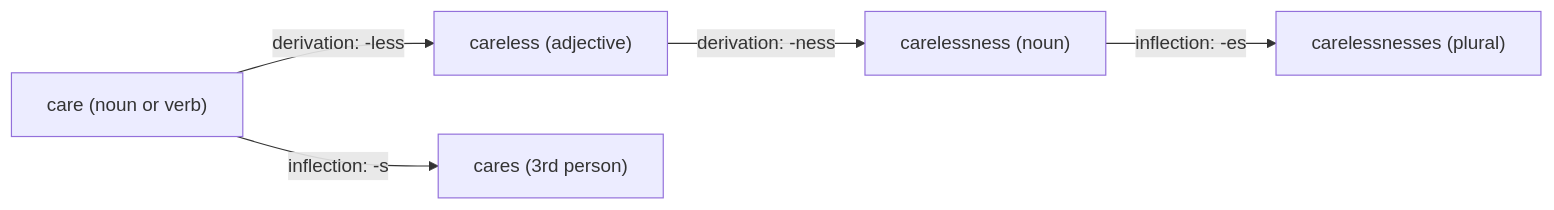
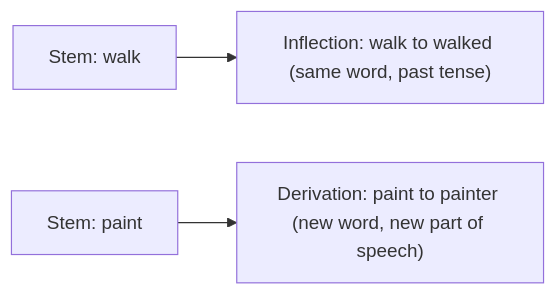
The diagram in content/natural-language-processing/pyq/2024-05-ce/q2a.mdx (TrendySloth1001/sem-seven-notes), drawn with Mermaid before and after one commit. The commit also changed other lines of this file and 406 other files, not shown here.

````diff
--- a/content/natural-language-processing/pyq/2024-05-ce/q2a.mdx
+++ b/content/natural-language-processing/pyq/2024-05-ce/q2a.mdx
@@ -20,8 +23,6 @@
 ```mermaid
-%% caption: One stem, two kinds of change. Derivation steps make new words; inflection steps only change the grammatical form of a word.
+%% caption: Inflection and derivation compared. Inflection keeps the word the same; derivation makes a new word.
 flowchart LR
-  A["care (noun or verb)"] -->|"derivation: -less"| B["careless (adjective)"]
-  B -->|"derivation: -ness"| C["carelessness (noun)"]
-  C -->|"inflection: -es"| D["carelessnesses (plural)"]
-  A -->|"inflection: -s"| F["cares (3rd person)"]
+  A["Stem: walk"] --> B["Inflection: walk to walked (same word, past tense)"]
+  C["Stem: paint"] --> D["Derivation: paint to painter (new word, new part of speech)"]
 ```
````
